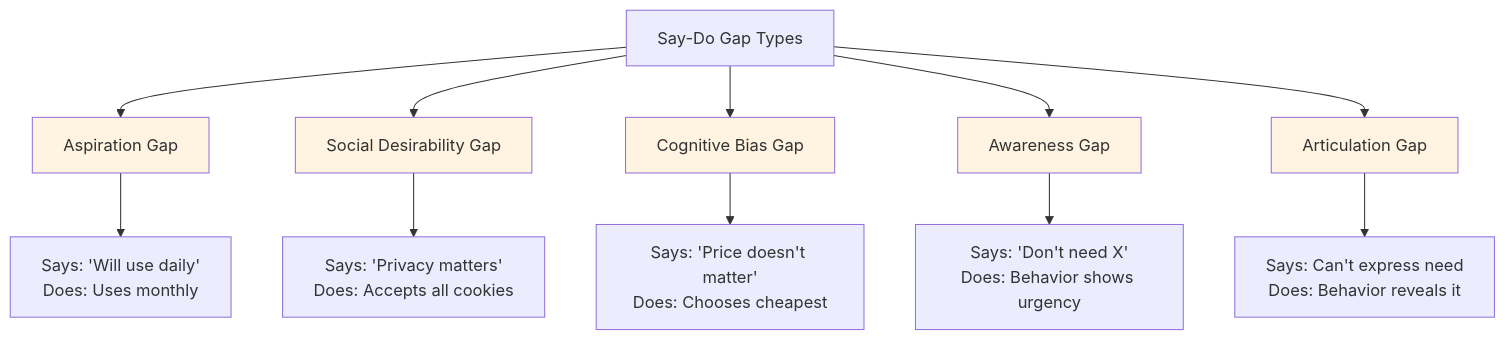
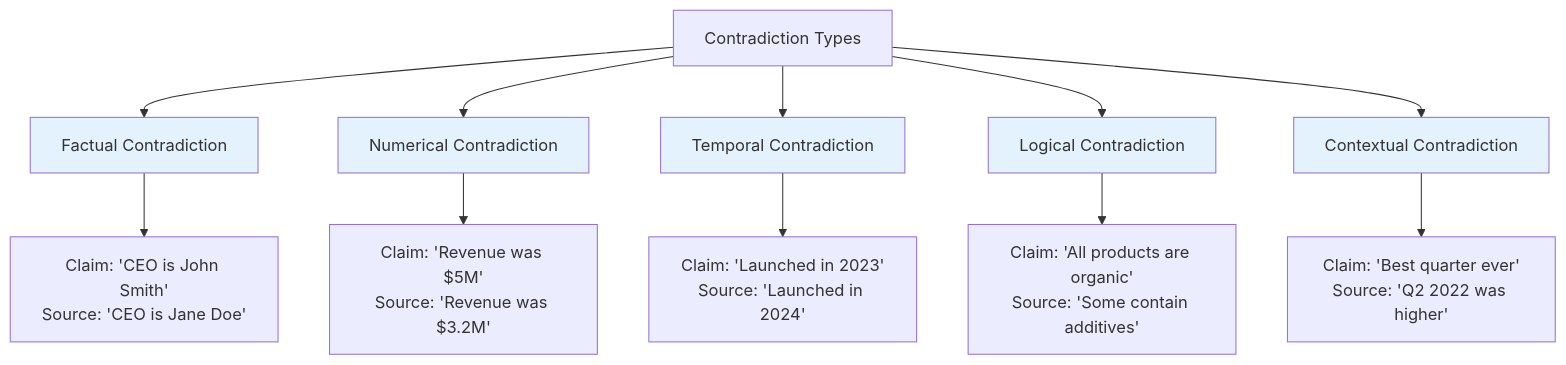
The third of 20 diagrams in docs/01_conceptual_framework.md (Krish-Om/contradiction-detection-system), drawn with Mermaid before and after one commit. The commit also changed other lines of this file and 5 other files, not shown here.

````diff
--- a/docs/01_conceptual_framework.md
+++ b/docs/01_conceptual_framework.md
@@ -65,20 +72,20 @@
 ```mermaid
 graph TD
-    A[Say-Do Gap Types] --> B[Aspiration Gap]
-    A --> C[Social Desirability Gap]
-    A --> D[Cognitive Bias Gap]
-    A --> E[Awareness Gap]
-    A --> F[Articulation Gap]
-    
-    B --> B1["Says: 'Will use daily'<br/>Does: Uses monthly"]
-    C --> C1["Says: 'Privacy matters'<br/>Does: Accepts all cookies"]
-    D --> D1["Says: 'Price doesn't matter'<br/>Does: Chooses cheapest"]
-    E --> E1["Says: 'Don't need X'<br/>Does: Behavior shows urgency"]
-    F --> F1["Says: Can't express need<br/>Does: Behavior reveals it"]
-    
-    style B fill:#fff4e1
-    style C fill:#fff4e1
-    style D fill:#fff4e1
-    style E fill:#fff4e1
-    style F fill:#fff4e1
+    A[Contradiction Types] --> B[Factual Contradiction]
+    A --> C[Numerical Contradiction]
+    A --> D[Temporal Contradiction]
+    A --> E[Logical Contradiction]
+    A --> F[Contextual Contradiction]
+
+    B --> B1["Claim: 'CEO is John Smith'<br/>Source: 'CEO is Jane Doe'"]
+    C --> C1["Claim: 'Revenue was $5M'<br/>Source: 'Revenue was $3.2M'"]
+    D --> D1["Claim: 'Launched in 2023'<br/>Source: 'Launched in 2024'"]
+    E --> E1["Claim: 'All products are organic'<br/>Source: 'Some contain additives'"]
+    F --> F1["Claim: 'Best quarter ever'<br/>Source: 'Q2 2022 was higher'"]
+
+    style B fill:#e3f2fd
+    style C fill:#e3f2fd
+    style D fill:#e3f2fd
+    style E fill:#e3f2fd
+    style F fill:#e3f2fd
 ```
````
